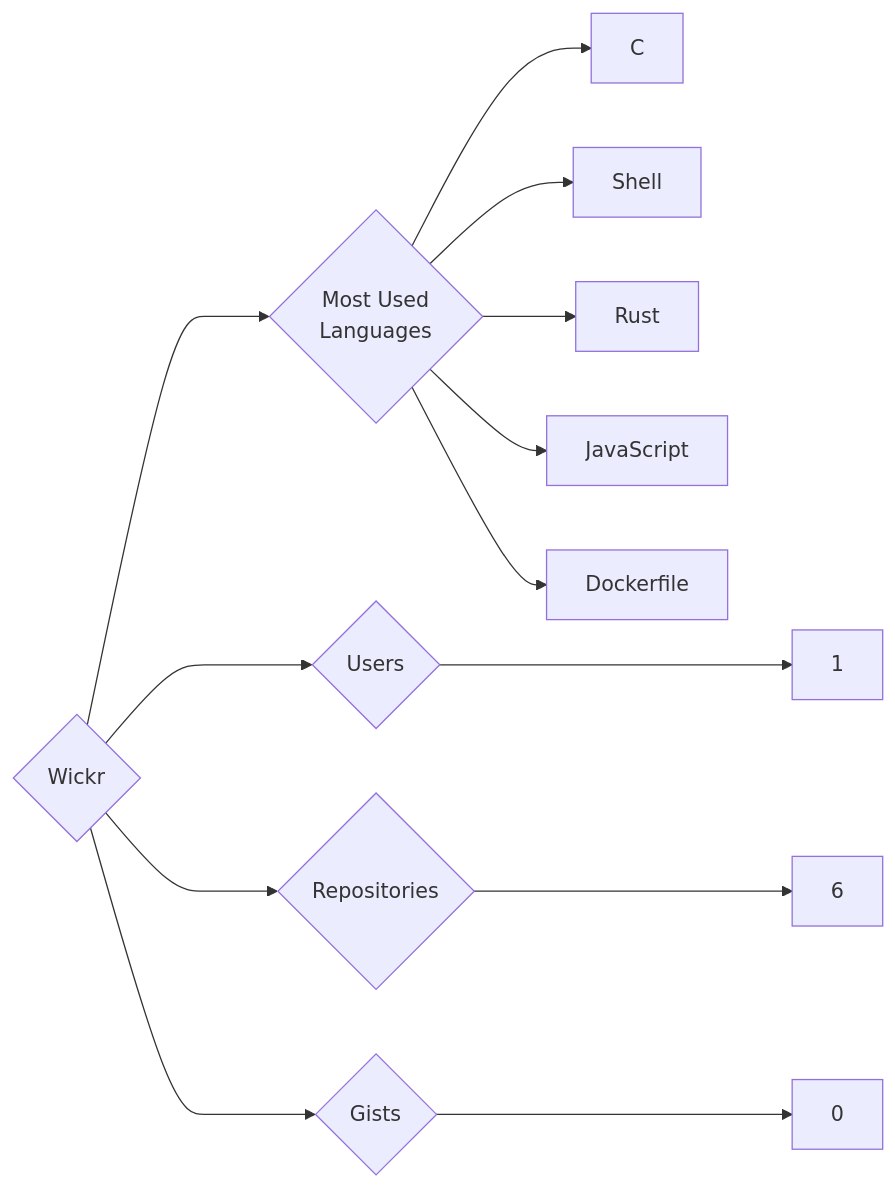
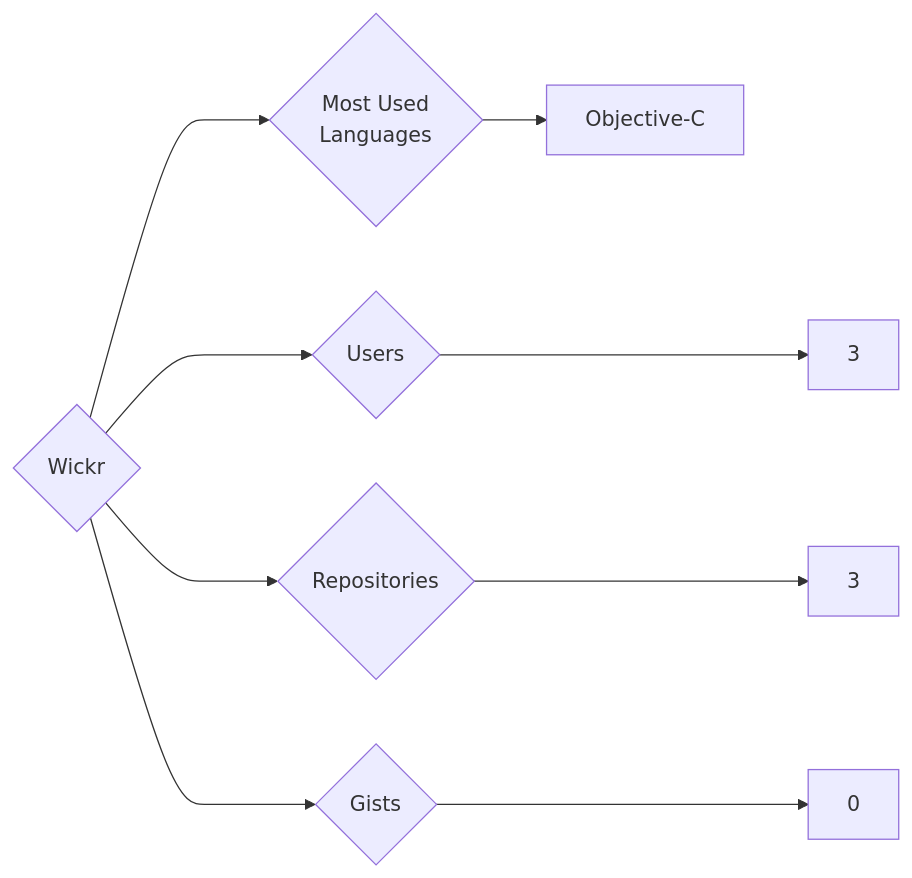
The diagram in targets/Wickr/README.md (trickest/insiders), drawn with Mermaid before and after one commit. The commit also changed 939 other files, not shown here.

````diff
--- a/targets/Wickr/README.md
+++ b/targets/Wickr/README.md
@@ -3,13 +3,9 @@
 ```mermaid
 graph LR
 COMPANY_NAME{Wickr}
-COMPANY_NAME ---> U{Users} ---> UN[1]
-COMPANY_NAME ---> R{Repositories} ---> RN[6]
+COMPANY_NAME ---> U{Users} ---> UN[3]
+COMPANY_NAME ---> R{Repositories} ---> RN[3]
 COMPANY_NAME ---> G{Gists} ---> GN[0]
 COMPANY_NAME ---> ML{Most Used<br>Languages}
-ML --> C[C]
-ML --> Shell[Shell]
-ML --> Rust[Rust]
-ML --> JavaScript[JavaScript]
-ML --> Dockerfile[Dockerfile]
+ML --> Objective-C[Objective-C]
 ```
````
